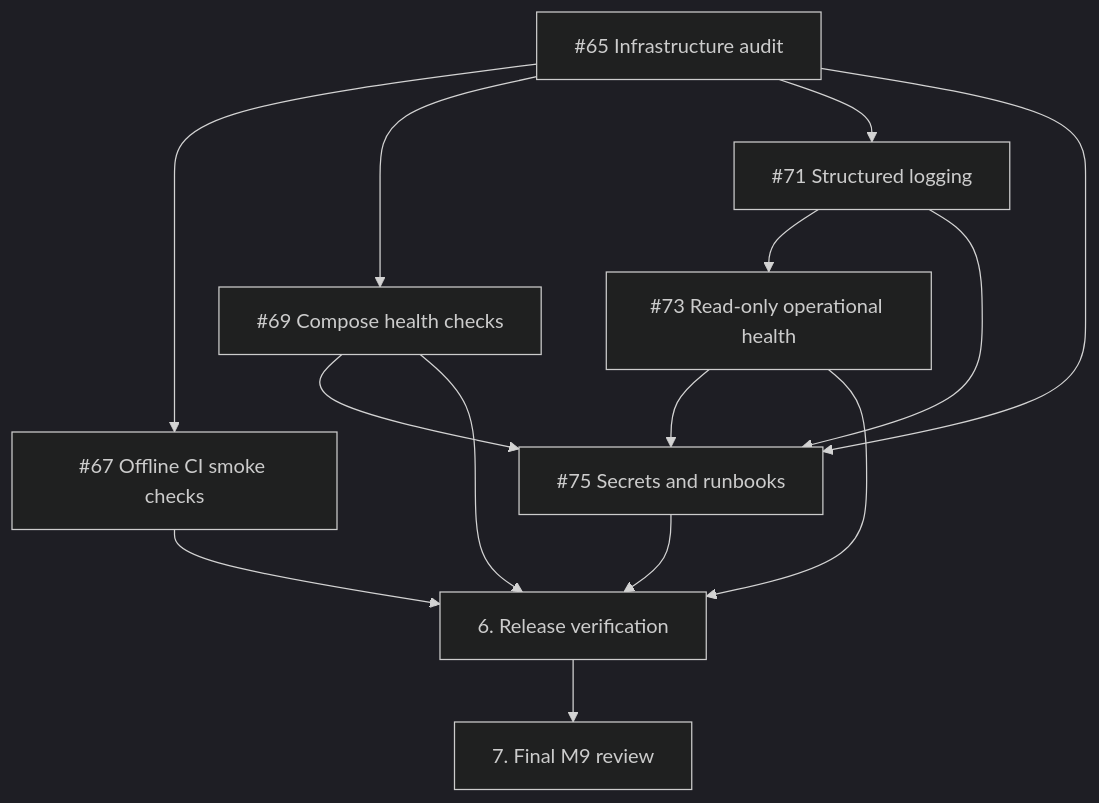
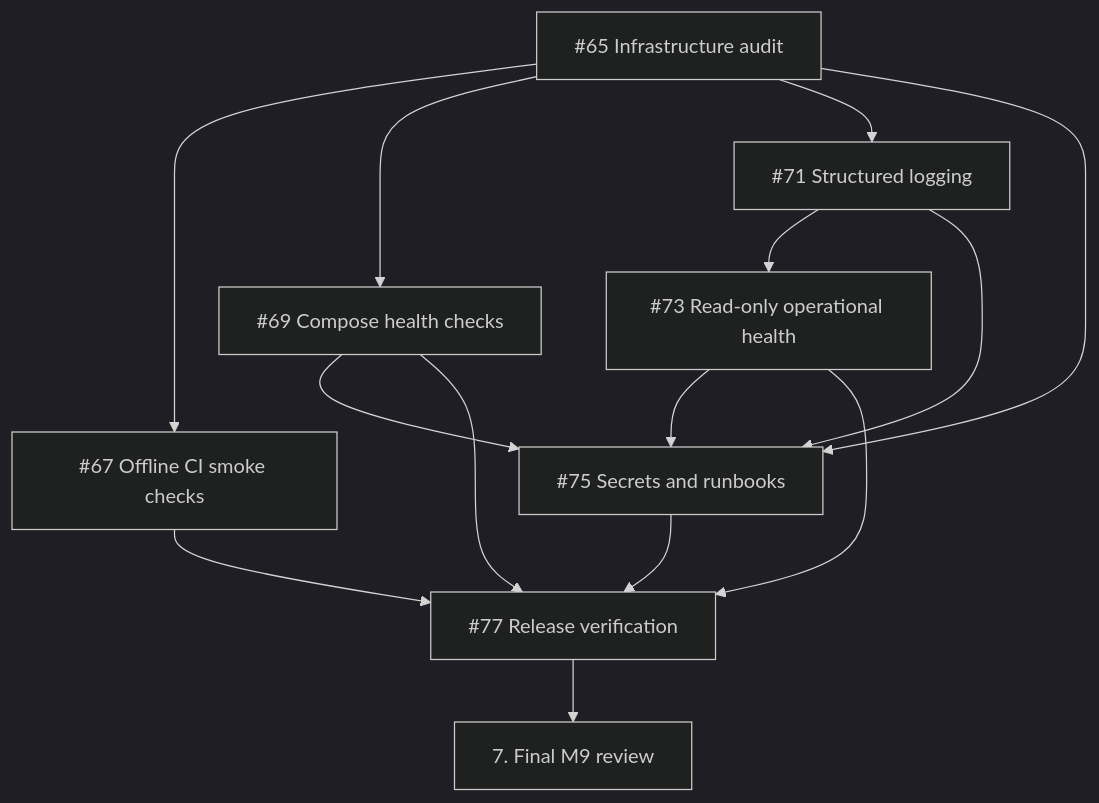
Before and after one commit to Ahmeddsayedd/financial-market-data-platform: the diagram in docs/operations/m9-implementation-plan.md, drawn with Mermaid (dark theme). The commit also changed other lines of this file and 7 other files, not shown here.

````diff
--- a/docs/operations/m9-implementation-plan.md
+++ b/docs/operations/m9-implementation-plan.md
@@ -80,25 +80,25 @@
 ```mermaid
 flowchart TD
     Audit["#65 Infrastructure audit"]
     CI["#67 Offline CI smoke checks"]
     Compose["#69 Compose health checks"]
     Logging["#71 Structured logging"]
     Health["#73 Read-only operational health"]
     Runbook["#75 Secrets and runbooks"]
-    Release["6. Release verification"]
+    Release["#77 Release verification"]
     Review["7. Final M9 review"]
 
     Audit --> CI
     Audit --> Compose
     Audit --> Logging
     Logging --> Health
     Audit --> Runbook
     Compose --> Runbook
     Logging --> Runbook
     Health --> Runbook
     CI --> Release
     Compose --> Release
     Health --> Release
     Runbook --> Release
     Release --> Review
 ```
````
